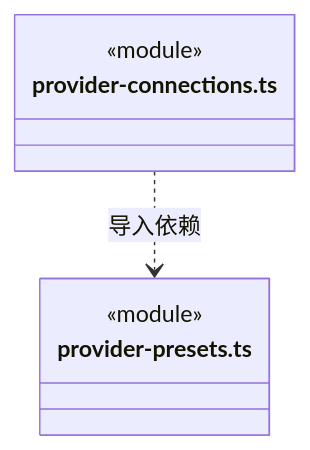
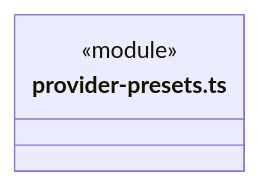
One commit to nan023062/cbim changed the second of 5 diagrams in src/logic/models/ARCHITECTURE.md. Above: the diagram before and after it, drawn with Mermaid. The commit also changed other lines of this file and 131 other files, not shown here.

````diff
--- a/src/logic/models/ARCHITECTURE.md
+++ b/src/logic/models/ARCHITECTURE.md
@@ -53,10 +51,6 @@
 ```mermaid
 classDiagram
-class N_src_logic_models_provider_connections_ts["provider-connections.ts"] {
-  <<module>>
-}
 class N_src_logic_models_provider_presets_ts["provider-presets.ts"] {
   <<module>>
 }
-N_src_logic_models_provider_connections_ts ..> N_src_logic_models_provider_presets_ts : 导入依赖
 ```
````
